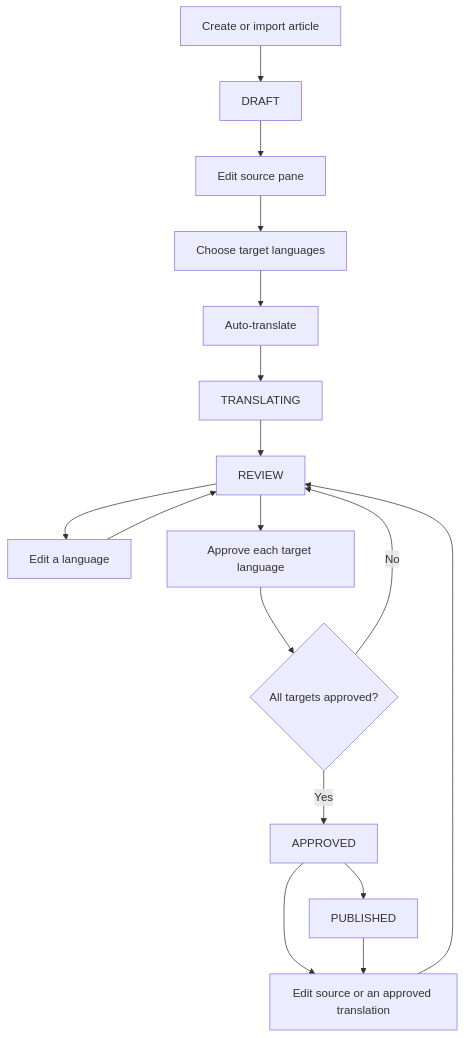
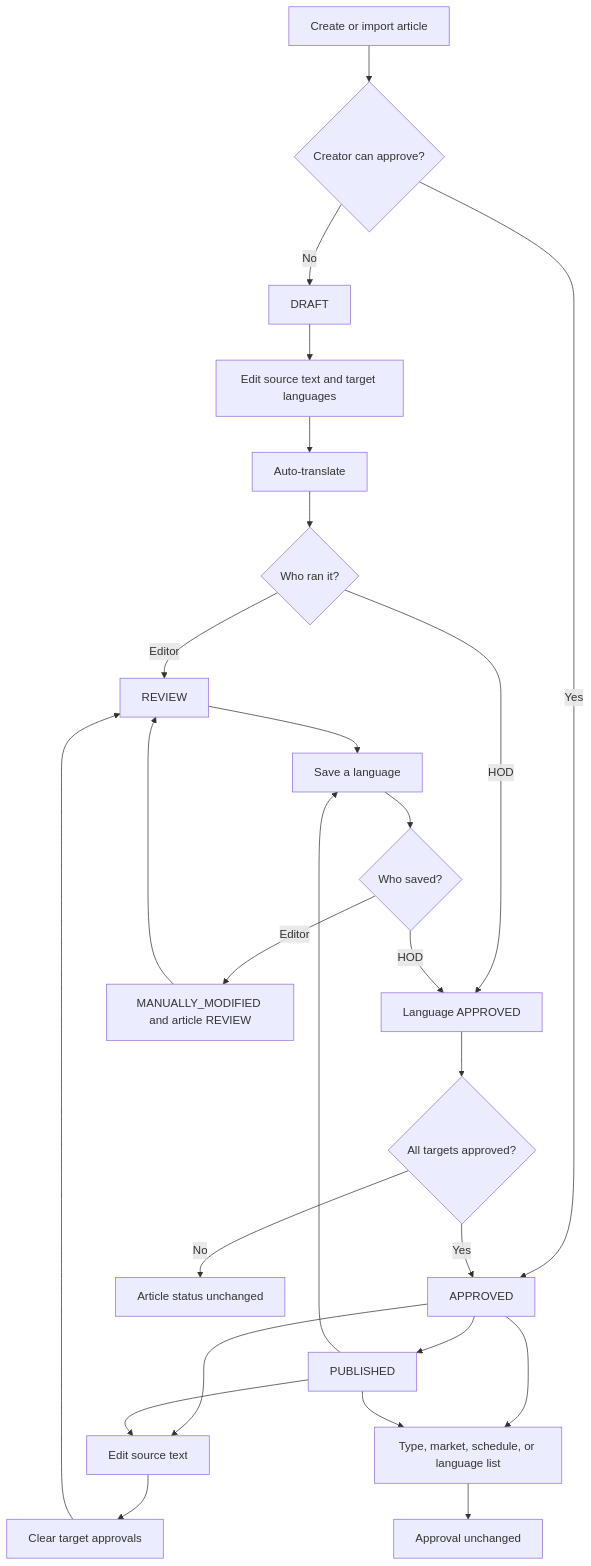
One commit to alanwongsh/mrdiy-lingo changed the fifth of 8 diagrams in docs/technical-documentation.md. Above: the diagram before and after it, drawn with Mermaid. The commit also changed other lines of this file and 4 other files, not shown here.

Commit message:
fix change article setting clears approval

````diff
--- a/docs/technical-documentation.md
+++ b/docs/technical-documentation.md
@@ -302,19 +305,28 @@
 ```mermaid
 flowchart TD
-  Create[Create or import article] --> Draft[DRAFT]
-  Draft --> Edit[Edit source pane]
-  Edit --> Targets[Choose target languages]
-  Targets --> Auto[Auto-translate]
-  Auto --> Translating[TRANSLATING]
-  Translating --> Review[REVIEW]
-  Review --> Manual[Edit a language]
+  Create[Create or import article] --> Start{Creator can approve?}
+  Start -->|No| Draft[DRAFT]
+  Start -->|Yes| Approved[APPROVED]
+  Draft --> Work[Edit source text and target languages]
+  Work --> Auto[Auto-translate]
+  Auto --> AutoWho{Who ran it?}
+  AutoWho -->|Editor| Review[REVIEW]
+  AutoWho -->|HOD| LangOk[Language APPROVED]
+  Review --> SaveLang[Save a language]
+  SaveLang --> Actor{Who saved?}
+  Actor -->|Editor| Manual[MANUALLY_MODIFIED and article REVIEW]
+  Actor -->|HOD| LangOk
   Manual --> Review
-  Review --> ApproveLang[Approve each target language]
-  ApproveLang --> All{All targets approved?}
-  All -->|Yes| Approved[APPROVED]
-  All -->|No| Review
+  LangOk --> All{All targets approved?}
+  All -->|No| Stay[Article status unchanged]
+  All -->|Yes| Approved
   Approved --> Publish[PUBLISHED]
-  Approved --> Change[Edit source or an approved translation]
-  Publish --> Change
-  Change --> Review
+  Publish --> SaveLang
+  Approved --> SourceEdit[Edit source text]
+  Publish --> SourceEdit
+  SourceEdit --> Cleared[Clear target approvals]
+  Cleared --> Review
+  Approved --> Settings[Type, market, schedule, or language list]
+  Publish --> Settings
+  Settings --> Keep[Approval unchanged]
 ```
````
